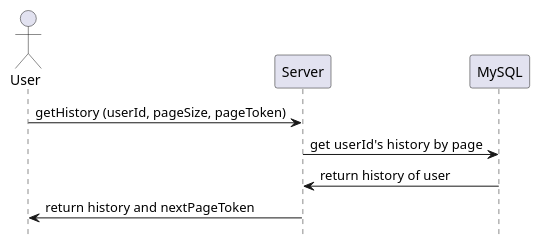
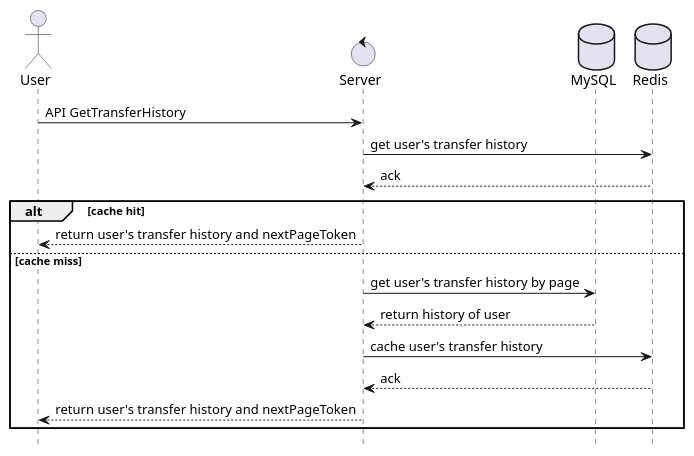
Before and after one commit to noradomi/foo-app: the diagram in documents/sequence diagrams/view-history.puml, drawn with PlantUML. The commit also changed 55 other files, not shown here.

```diff
--- a/documents/sequence diagrams/view-history.puml
+++ b/documents/sequence diagrams/view-history.puml
@@ -1,8 +1,19 @@
 @startuml view-history
 hide footbox
 actor "User"
-"User" -> "Server": getHistory (userId, pageSize, pageToken)
-"Server" -> "MySQL": get userId's history  by page
-"MySQL" -> "Server": return history of user
-"Server" -> "User": return history and nextPageToken
+control "Server"
+database "MySQL"
+database "Redis"
+"User" -> "Server": API GetTransferHistory
+"Server" -> "Redis": get user's transfer history
+"Redis" --> "Server": ack
+alt cache hit 
+"Server" --> "User": return user's transfer history and nextPageToken
+else cache miss
+"Server" -> "MySQL": get user's transfer history by page
+"MySQL" --> "Server": return history of user
+"Server" -> "Redis": cache user's transfer history
+"Redis" --> "Server": ack
+"Server" --> "User": return user's transfer history and nextPageToken
+end
 @enduml
```
